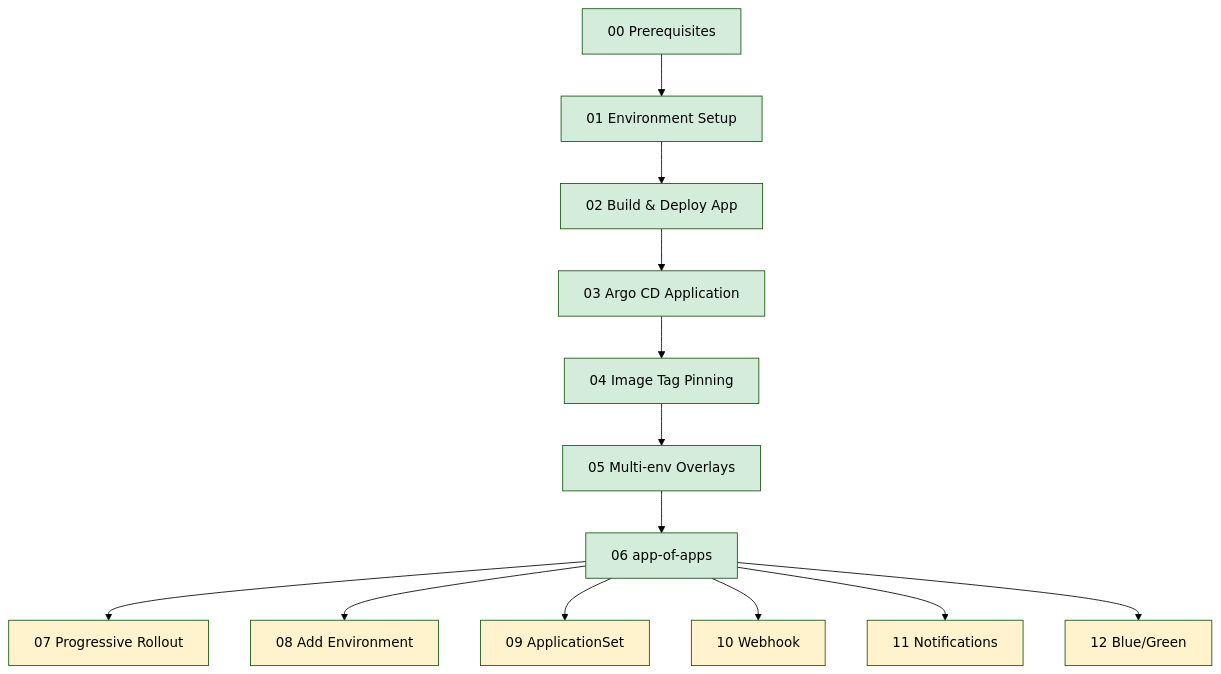
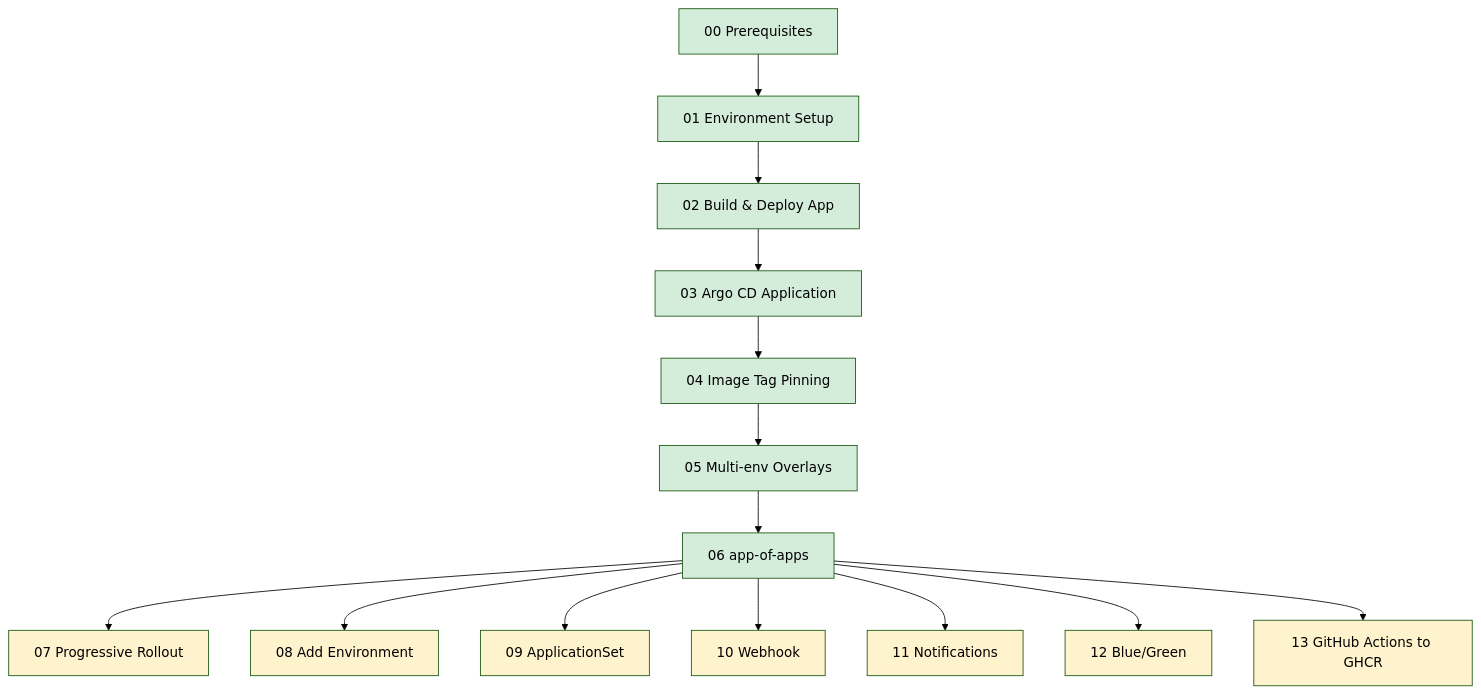
One commit to Higashi-Kota/argocd-handson-demo changed the diagram in docs/README.md. Above: the diagram before and after it, drawn with Mermaid (forest theme). The commit also changed other lines of this file and 4 other files, not shown here.

````diff
--- a/docs/README.md
+++ b/docs/README.md
@@ -7,26 +7,33 @@
 ```mermaid
 flowchart TB
     Pre[00 Prerequisites]
     Env[01 Environment Setup]
     Build[02 Build & Deploy App]
     App[03 Argo CD Application]
     Pin[04 Image Tag Pinning]
     Multi[05 Multi-env Overlays]
     Root[06 app-of-apps]
 
     Adv1[07 Progressive Rollout]
     Adv2[08 Add Environment]
     Adv3[09 ApplicationSet]
     Adv4[10 Webhook]
     Adv5[11 Notifications]
 
     BG[12 Blue/Green]
+    CI[13 GitHub Actions to GHCR]
 
     Pre --> Env --> Build --> App --> Pin --> Multi --> Root
-    Root --> Adv1 & Adv2 & Adv3 & Adv4 & Adv5 & BG
+    Root --> Adv1
+    Root --> Adv2
+    Root --> Adv3
+    Root --> Adv4
+    Root --> Adv5
+    Root --> BG
+    Root --> CI
 
     classDef done fill:#d4edda
     classDef bonus fill:#fff3cd
     class Pre,Env,Build,App,Pin,Multi,Root done
-    class Adv1,Adv2,Adv3,Adv4,Adv5,BG bonus
+    class Adv1,Adv2,Adv3,Adv4,Adv5,BG,CI bonus
 ```
````
